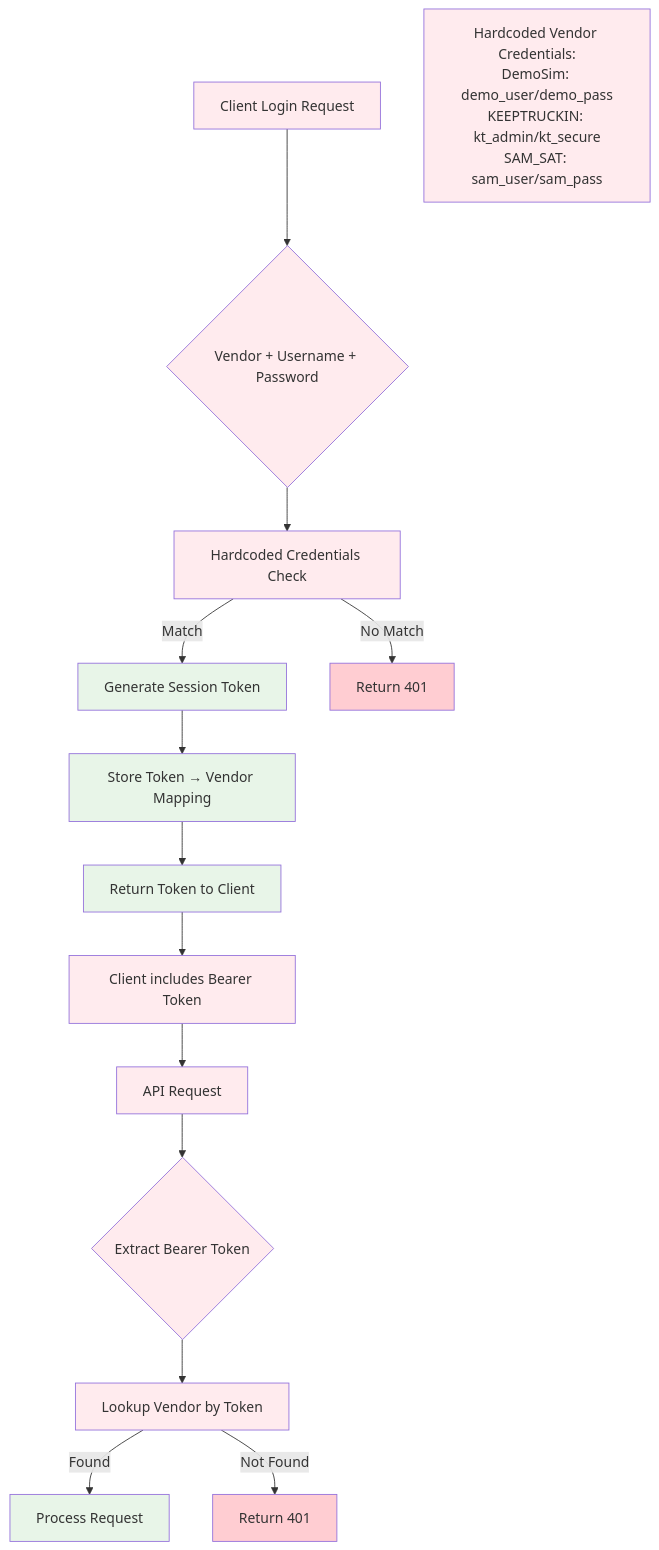
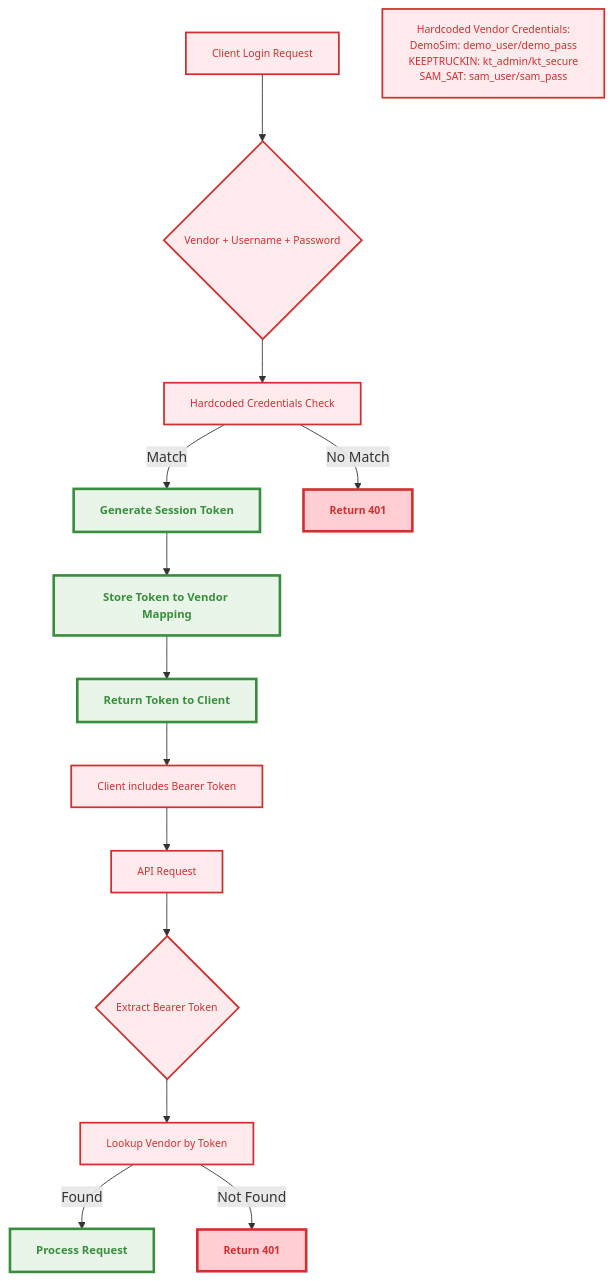
Before and after one commit to eshacham/eld-hos: the fourth of 4 diagrams in api-flow-diagram.md, drawn with Mermaid. The commit also changed other lines of this file, not shown here.

Commit message:
add mermaid diagram

````diff
--- a/api-flow-diagram.md
+++ b/api-flow-diagram.md
@@ -139,28 +140,28 @@
 ```mermaid
 graph TD
     A[Client Login Request] --> B{Vendor + Username + Password}
-    B --> C[Hardcoded Credentials Check]
+    B --> C["Hardcoded Credentials Check"]
     C -->|Match| D[Generate Session Token]
     C -->|No Match| E[Return 401]
     
-    D --> F[Store Token → Vendor Mapping]
-    F --> G[Return Token to Client]
+    D --> F["Store Token to Vendor Mapping"]
+    F --> G["Return Token to Client"]
     
-    G --> H[Client includes Bearer Token]
+    G --> H["Client includes Bearer Token"]
     H --> I[API Request]
-    I --> J{Extract Bearer Token}
-    J --> K[Lookup Vendor by Token]
-    K -->|Found| L[Process Request]
+    I --> J{"Extract Bearer Token"}
+    J --> K["Lookup Vendor by Token"]
+    K -->|Found| L["Process Request"]
     K -->|Not Found| M[Return 401]
     
     %% Credentials
-    N[Hardcoded Vendor Credentials:<br/>DemoSim: demo_user/demo_pass<br/>KEEPTRUCKIN: kt_admin/kt_secure<br/>SAM_SAT: sam_user/sam_pass]
+    N["Hardcoded Vendor Credentials:<br/>DemoSim: demo_user/demo_pass<br/>KEEPTRUCKIN: kt_admin/kt_secure<br/>SAM_SAT: sam_user/sam_pass"]
     
-    classDef security fill:#ffebee
-    classDef success fill:#e8f5e8
-    classDef error fill:#ffcdd2
+    classDef security fill:#ffebee,stroke:#d32f2f,stroke-width:2px,color:#d32f2f,font-size:12px
+    classDef success fill:#e8f5e8,stroke:#388e3c,stroke-width:3px,color:#388e3c,font-size:13px,font-weight:bold
+    classDef error fill:#ffcdd2,stroke:#d32f2f,stroke-width:3px,color:#d32f2f,font-size:12px,font-weight:bold
     
     class A,B,C,D,F,G,H,I,J,K,L,N security
     class D,F,G,L success
     class E,M error
 ```
````
